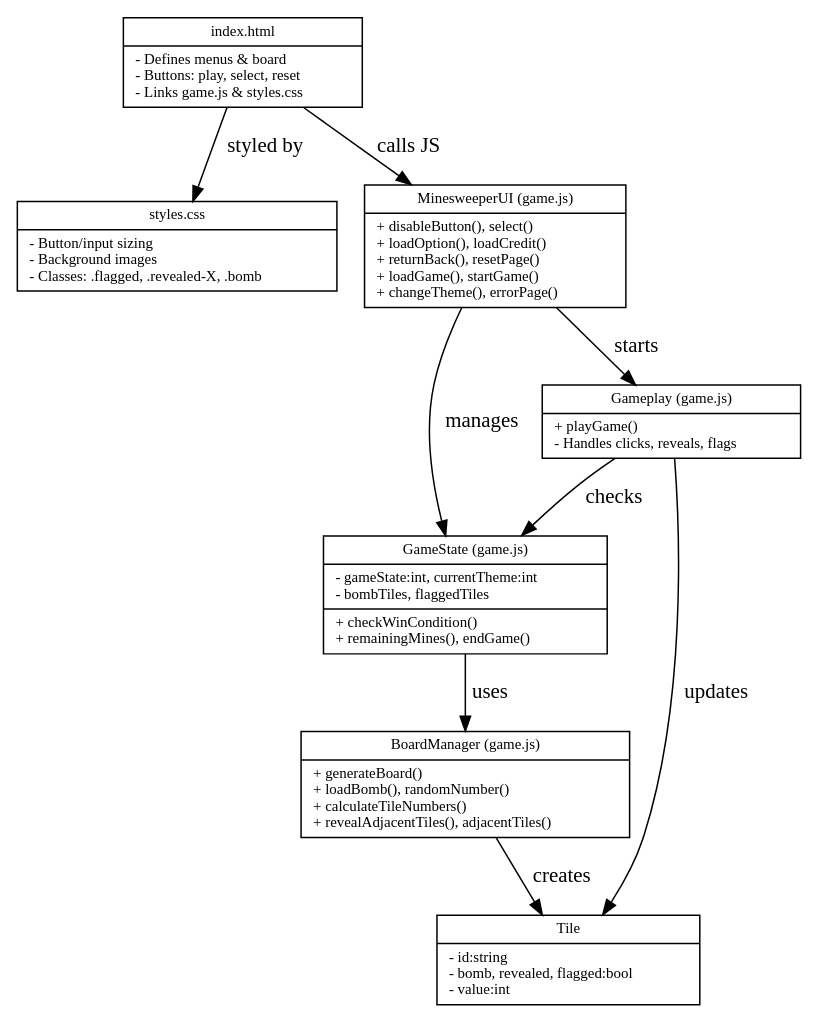
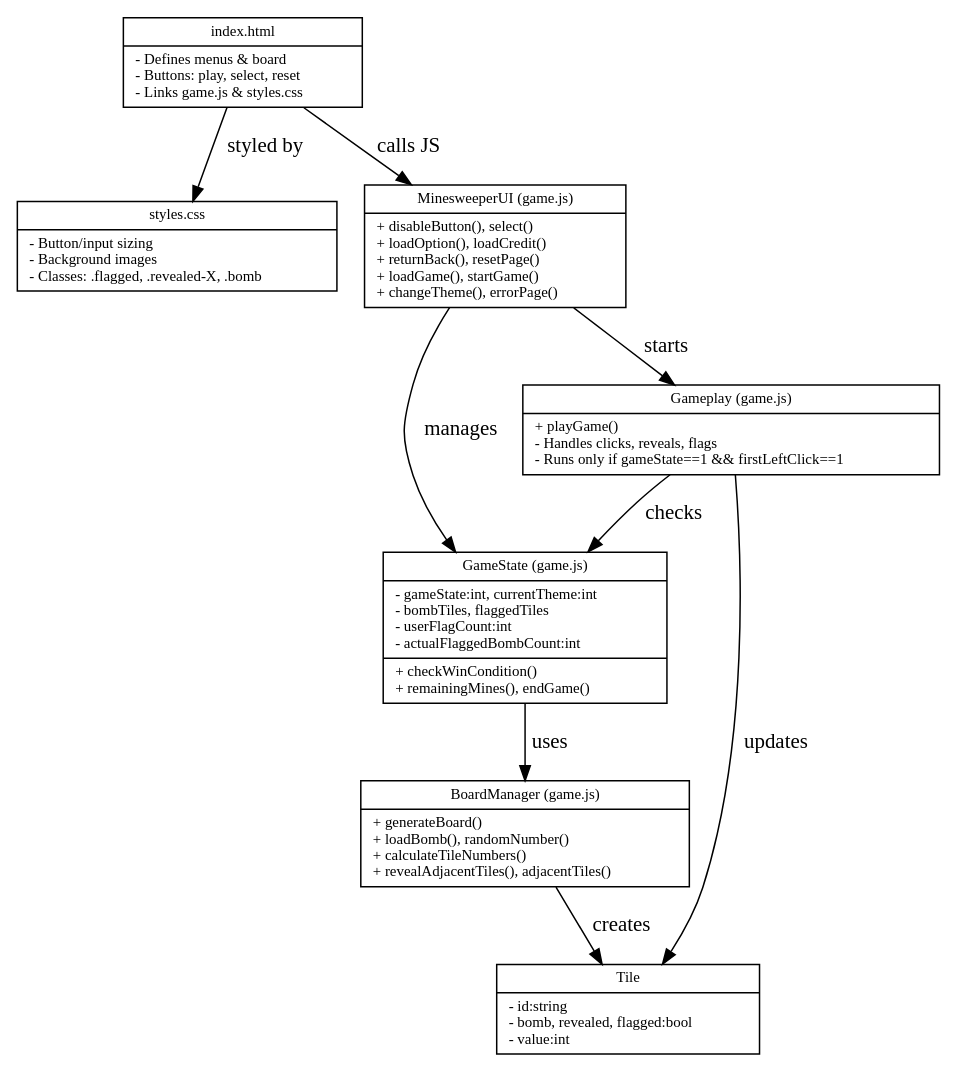
One commit to mokkjack/EECS581-Group21-Project1 changed the diagram in MSdiagram.dot. Above: the diagram before and after it, drawn with Graphviz.

Commit message:
Update MSdiagram.dot
new digram, looks a lot like last digram

```diff
--- a/MSdiagram.dot
+++ b/MSdiagram.dot
@@ -1,66 +1,69 @@
 digraph Minesweeper {
-    rankdir=TB; //vertical
+    rankdir=TB;
     node [shape=record, fontsize=10];
 
     #HTML
     HTML [label="{index.html|
         - Defines menus & board\l
         - Buttons: play, select, reset\l
         - Links game.js & styles.css\l
     }"];
 
     #CSS
     CSS [label="{styles.css|
         - Button/input sizing\l
         - Background images\l
         - Classes: .flagged, .revealed-X, .bomb\l
     }"];
 
     #UI
     UI [label="{MinesweeperUI (game.js)|
         + disableButton(), select()\l
         + loadOption(), loadCredit()\l
         + returnBack(), resetPage()\l
         + loadGame(), startGame()\l
         + changeTheme(), errorPage()\l
     }"];
 
     #gamestate
     GS [label="{GameState (game.js)|
         - gameState:int, currentTheme:int\l
-        - bombTiles, flaggedTiles\l|
+        - bombTiles, flaggedTiles\l
+        - userFlagCount:int\l
+        - actualFlaggedBombCount:int\l|
         + checkWinCondition()\l
         + remainingMines(), endGame()\l
     }"];
 
     #board
     BM [label="{BoardManager (game.js)|
         + generateBoard()\l
         + loadBomb(), randomNumber()\l
         + calculateTileNumbers()\l
         + revealAdjacentTiles(), adjacentTiles()\l
     }"];
 
     #gameplay
     GP [label="{Gameplay (game.js)|
         + playGame()\l
         - Handles clicks, reveals, flags\l
+        - Runs only if gameState==1 && firstLeftClick==1\l
     }"];
 
-    #title
+    #tiles
     Tile [label="{Tile|
         - id:string\l
         - bomb, revealed, flagged:bool\l
         - value:int\l
     }"];
 
     #relations
     HTML -> CSS [label="styled by"];
     HTML -> UI [label="calls JS"];
     UI -> GS [label="manages"];
     UI -> GP [label="starts"];
     GS -> BM [label="uses"];
     BM -> Tile [label="creates"];
     GP -> Tile [label="updates"];
     GP -> GS [label="checks"];
 }
```
